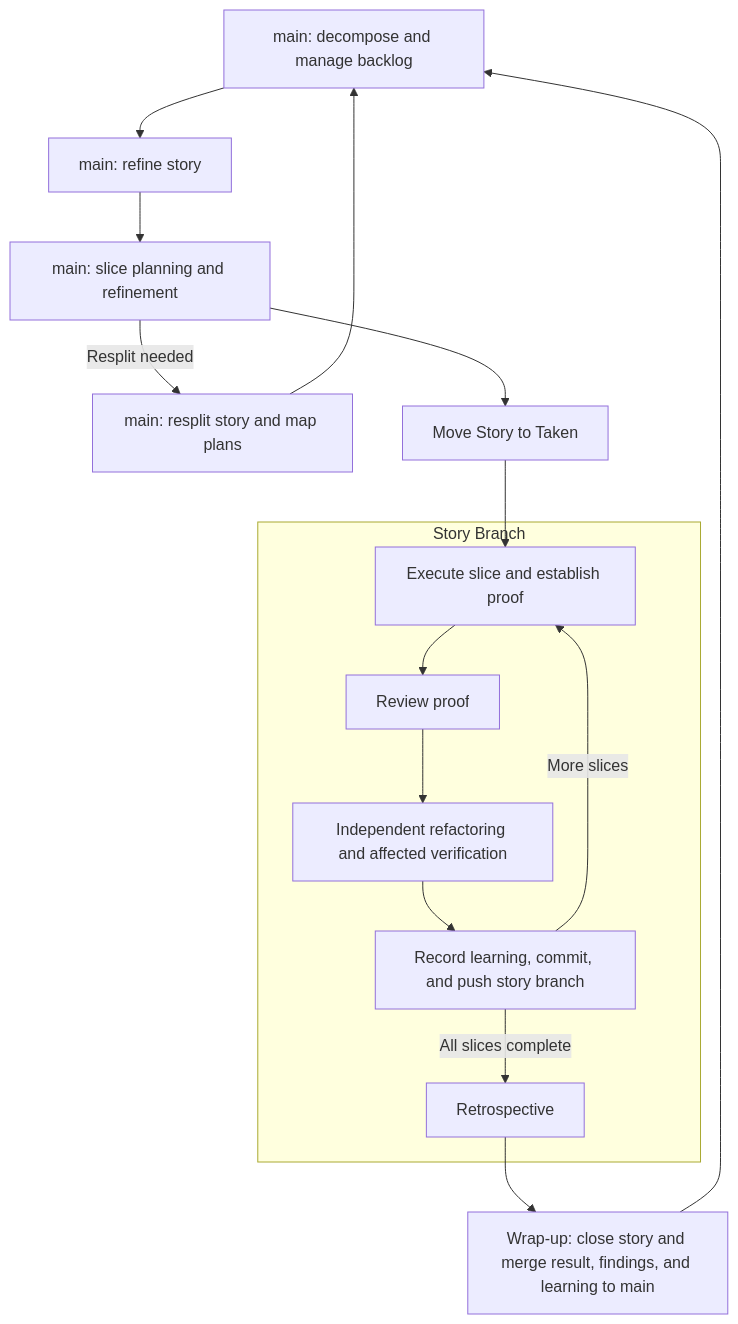
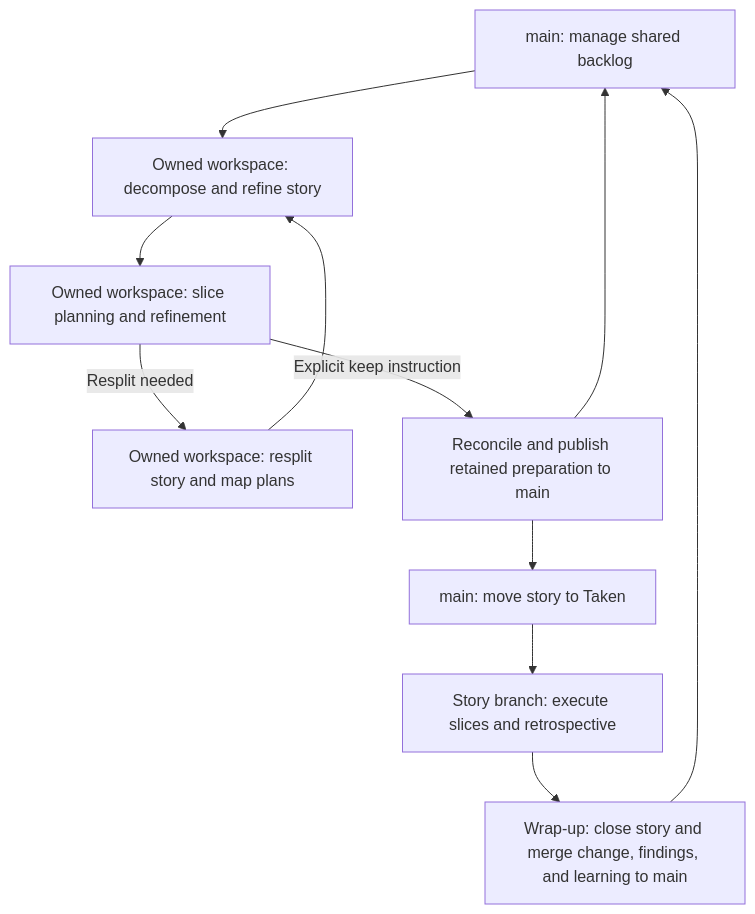
One commit to terryyin/open-dough changed the diagram in docs/adrs/0007-software-development-lifecycles.md. Above: the diagram before and after it, drawn with Mermaid. The commit also changed other lines of this file and 1 other file, not shown here.

First line of the commit message:
Refine Story Branch Mode and clarify workspace boundaries

````diff
--- a/docs/adrs/0007-software-development-lifecycles.md
+++ b/docs/adrs/0007-software-development-lifecycles.md
@@ -40,19 +41,14 @@
 ```mermaid
 flowchart TD
-    A["main: decompose and manage backlog"] --> B["main: refine story"]
-    B --> P["main: slice planning and refinement"]
-    P -->|Resplit needed| R["main: resplit story and map plans"]
-    R --> A
-    P --> C["Move Story to Taken"]
-    subgraph S["Story Branch"]
-        D["Execute slice and establish proof"] --> E["Review proof"]
-        E --> F["Independent refactoring and affected verification"]
-        F --> G["Record learning, commit, and push story branch"]
-        G -->|More slices| D
-        G -->|All slices complete| H["Retrospective"]
-    end
-    C --> D
-    H --> I["Wrap-up: close story and merge result, findings, and learning to main"]
+    A["main: manage shared backlog"] --> B["Owned workspace: decompose and refine story"]
+    B --> P["Owned workspace: slice planning and refinement"]
+    P -->|Resplit needed| R["Owned workspace: resplit story and map plans"]
+    R --> B
+    P -->|Explicit keep instruction| K["Reconcile and publish retained preparation to main"]
+    K --> A
+    K --> C["main: move story to Taken"]
+    C --> D["Story branch: execute slices and retrospective"]
+    D --> I["Wrap-up: close story and merge change, findings, and learning to main"]
     I --> A
 
 ```
````
